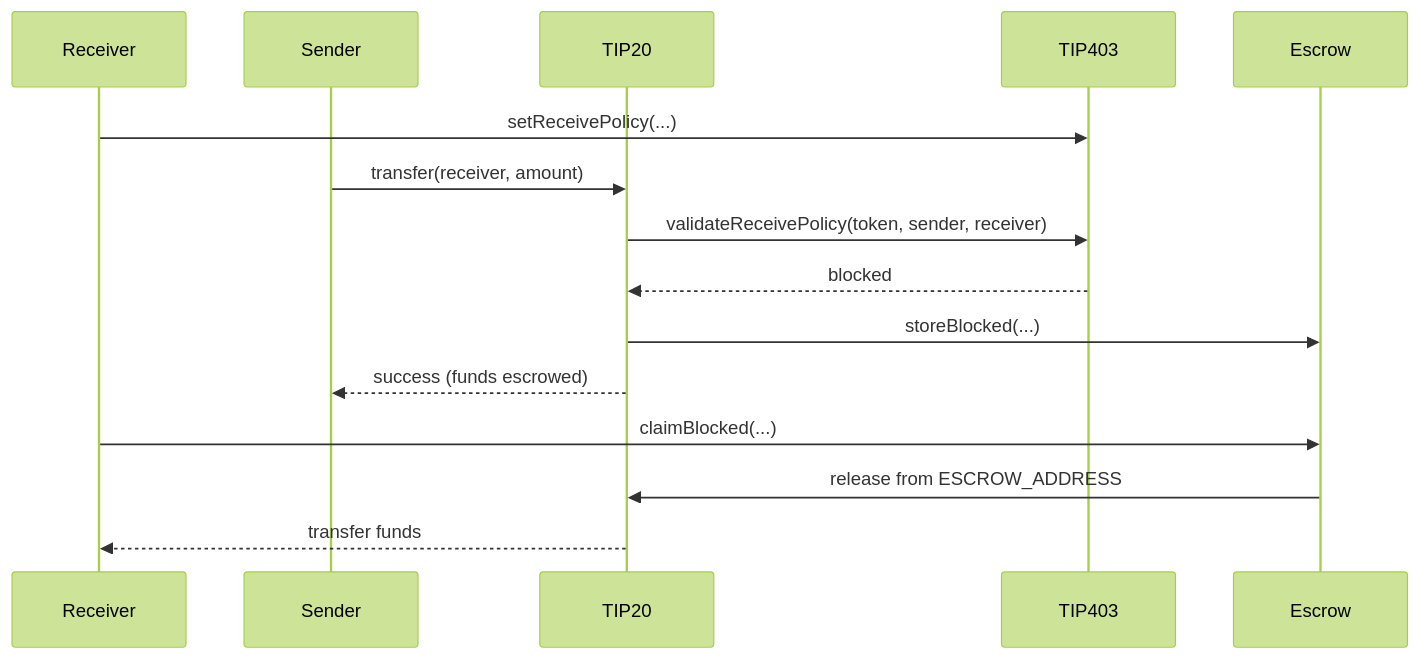
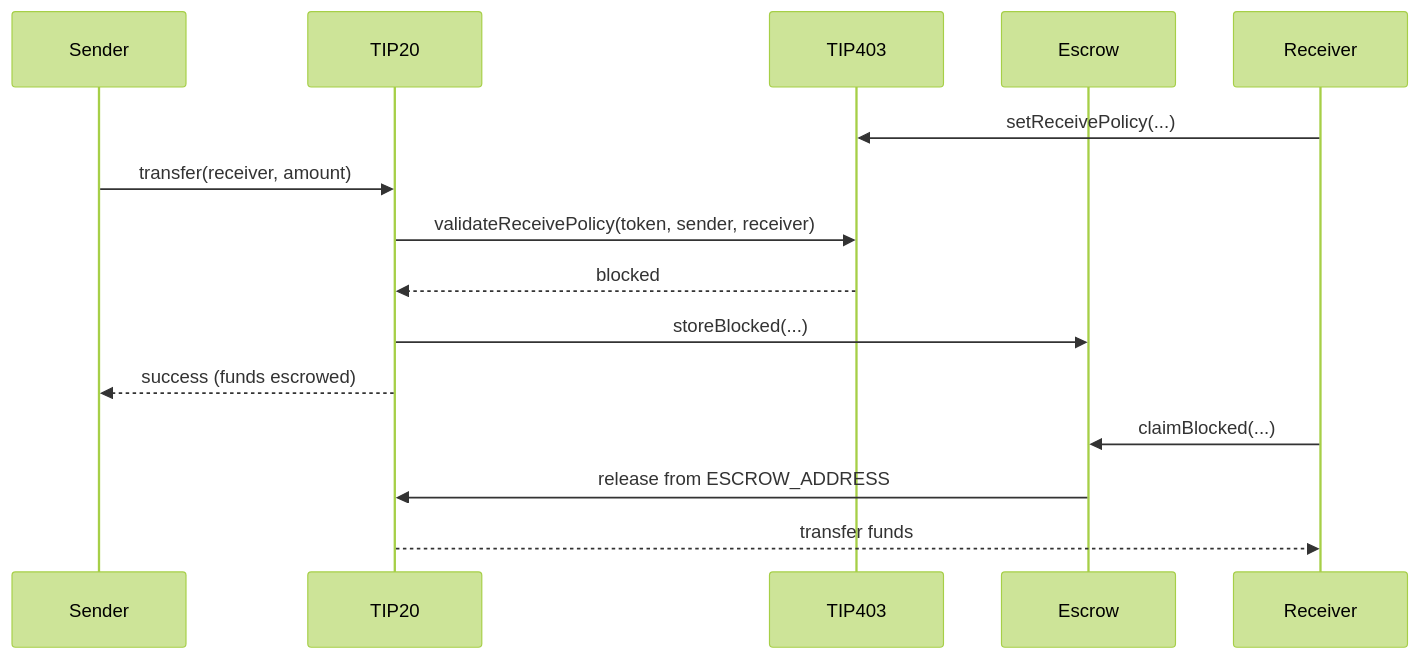
Before and after one commit to tempoxyz/tempo: the first of 2 diagrams in tips/tip-1028.md, drawn with Mermaid (forest theme). The commit also changed other lines of this file, not shown here.

Commit message:
docs: update sequence diagram

````diff
--- a/tips/tip-1028.md
+++ b/tips/tip-1028.md
@@ -52,19 +52,19 @@
 ```mermaid
 sequenceDiagram
-    participant Receiver
     participant Sender
     participant TIP20
     participant TIP403
     participant Escrow
+    participant Receiver
 
     Receiver->>TIP403: setReceivePolicy(...)
     Sender->>TIP20: transfer(receiver, amount)
     TIP20->>TIP403: validateReceivePolicy(token, sender, receiver)
     TIP403-->>TIP20: blocked
     TIP20->>Escrow: storeBlocked(...)
     TIP20-->>Sender: success (funds escrowed)
 
     Receiver->>Escrow: claimBlocked(...)
     Escrow->>TIP20: release from ESCROW_ADDRESS
     TIP20-->>Receiver: transfer funds
 ```
````
